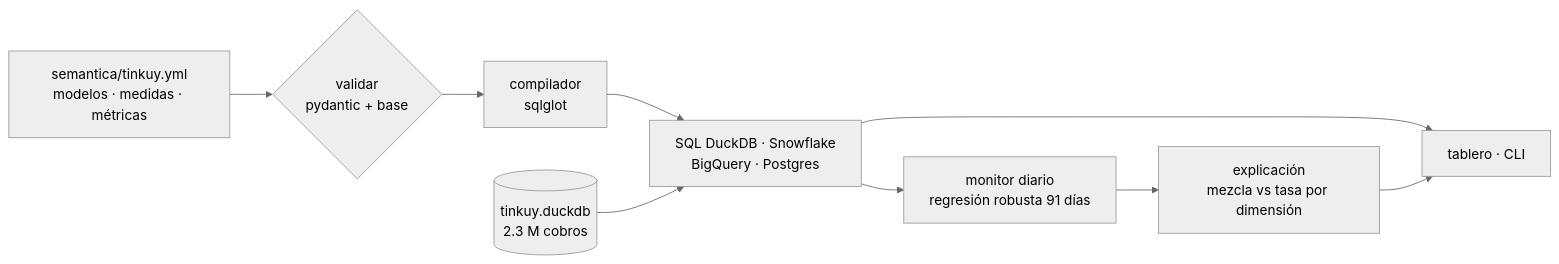
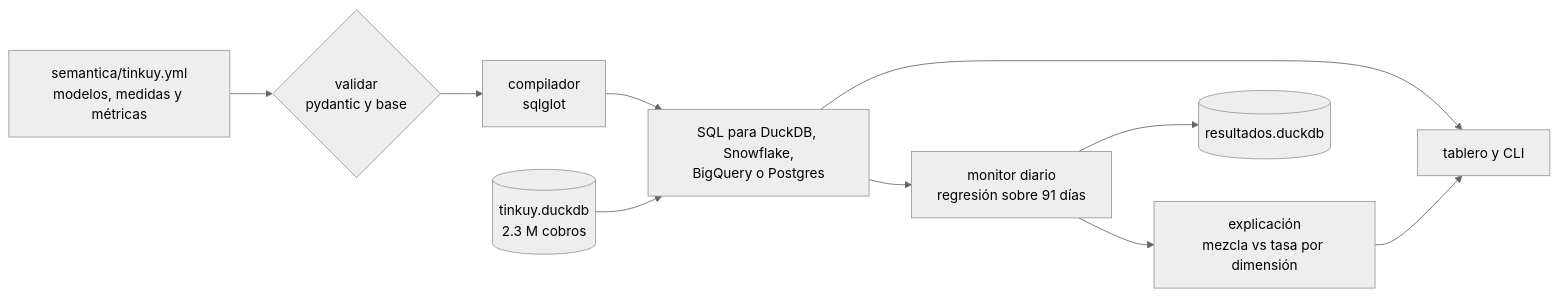
Before and after one commit to marcelo-sosa-data/data-ai-lab: the second of 3 diagrams in proyectos/05-capa-semantica-kpis-pagos/README.md, drawn with Mermaid (neutral theme). The commit also changed other lines of this file and 49 other files, not shown here.

Commit message:
readmes: fuera las capturas, diagramas del proceso en mermaid y texto más directo

````diff
--- a/proyectos/05-capa-semantica-kpis-pagos/README.md
+++ b/proyectos/05-capa-semantica-kpis-pagos/README.md
@@ -22,11 +58,12 @@
 ```mermaid
 flowchart LR
-    yml[semantica/tinkuy.yml<br/>modelos · medidas · métricas] --> val{validar<br/>pydantic + base}
+    yml[semantica/tinkuy.yml<br/>modelos, medidas y métricas] --> val{validar<br/>pydantic y base}
     val --> comp[compilador<br/>sqlglot]
-    comp --> sql[SQL DuckDB · Snowflake<br/>BigQuery · Postgres]
+    comp --> sql[SQL para DuckDB, Snowflake,<br/>BigQuery o Postgres]
     db[(tinkuy.duckdb<br/>2.3 M cobros)] --> sql
-    sql --> app[tablero · CLI]
-    sql --> mon[monitor diario<br/>regresión robusta 91 días]
+    sql --> app[tablero y CLI]
+    sql --> mon[monitor diario<br/>regresión sobre 91 días]
     mon --> exp[explicación<br/>mezcla vs tasa por dimensión]
     exp --> app
+    mon --> res[(resultados.duckdb)]
 ```
````
